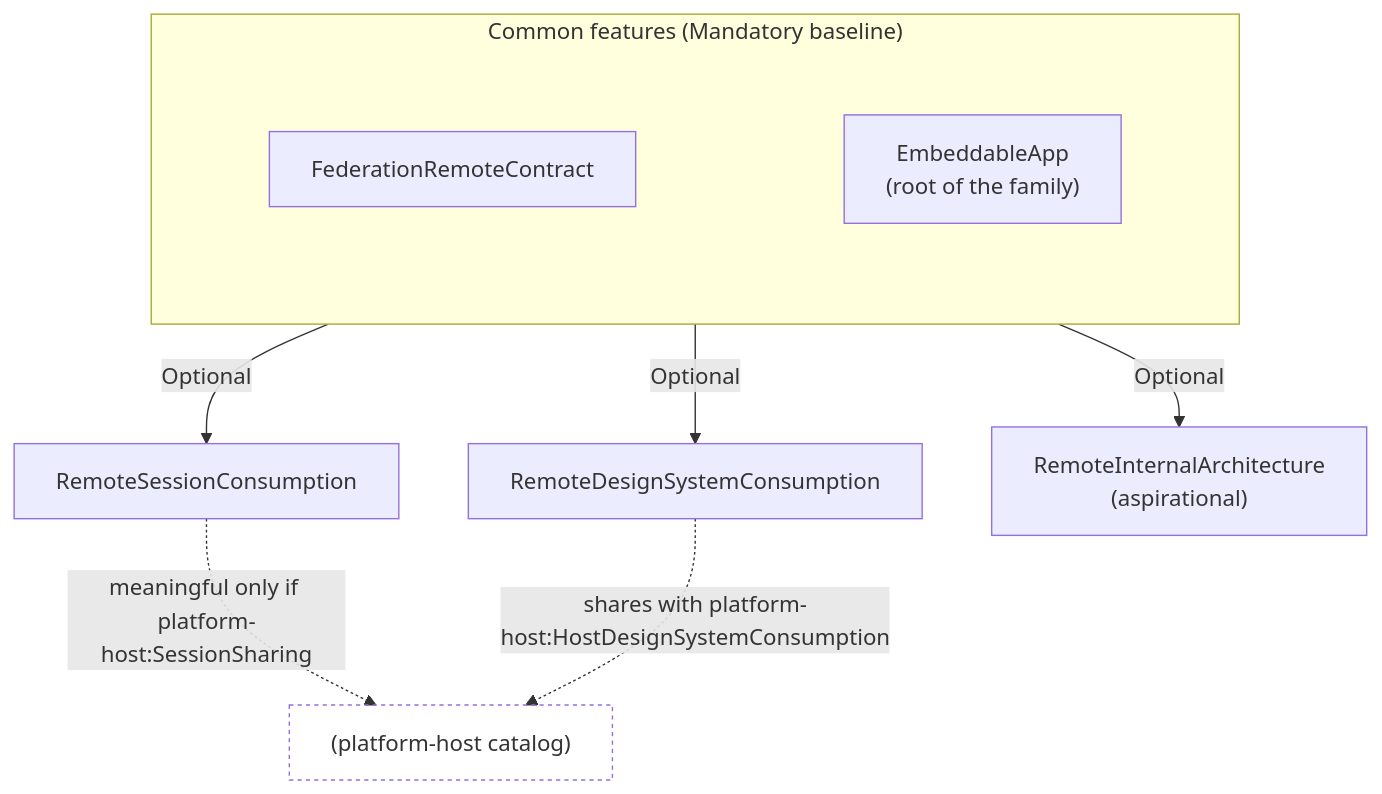
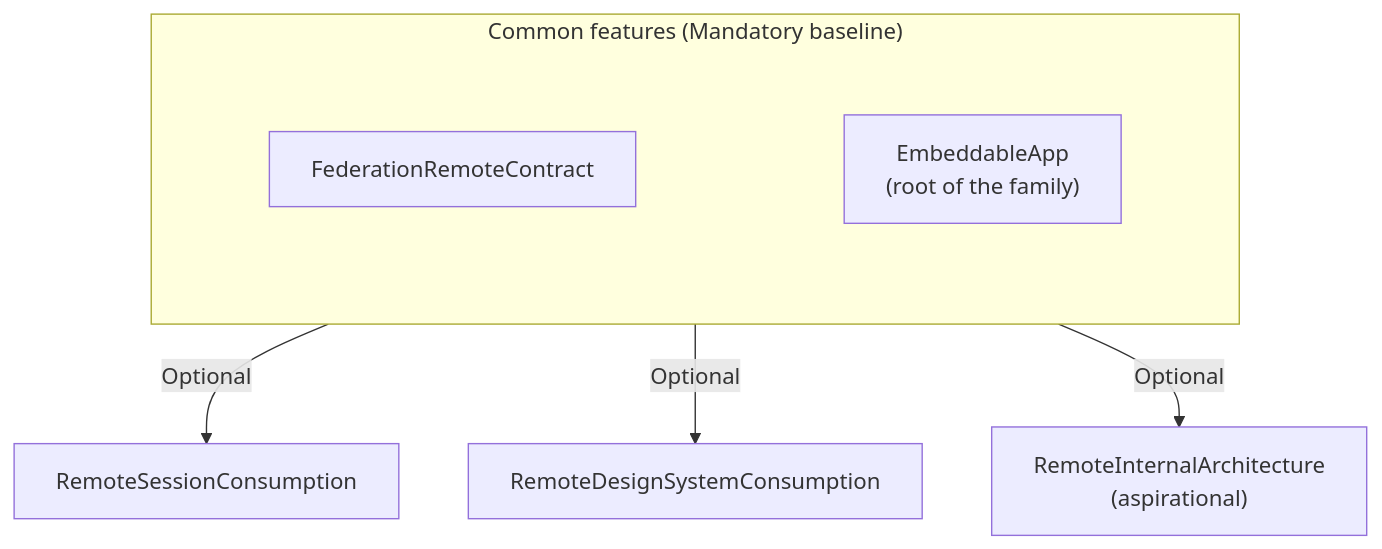
Before and after one commit to InsonusK/ai-skills: the diagram in skills/angular/architecture/v3.1/embeddable-app/feature/diagrams/feature-diagram.mmd, drawn with Mermaid. The commit also changed 85 other files, not shown here.

```diff
--- a/skills/angular/architecture/v3.1/embeddable-app/feature/diagrams/feature-diagram.mmd
+++ b/skills/angular/architecture/v3.1/embeddable-app/feature/diagrams/feature-diagram.mmd
@@ -1,22 +1,21 @@
 graph TD
     subgraph Common["Common features (Mandatory baseline)"]
         direction TB
         subgraph Row1[" "]
             direction LR
             EA["EmbeddableApp<br/>(root of the family)"]
         end
         subgraph Row2[" "]
             direction LR
             FRC["FederationRemoteContract"]
         end
     end
     style Row1 fill:none,stroke:none
     style Row2 fill:none,stroke:none
 
     Common -->|Optional| RSC["RemoteSessionConsumption"]
     Common -->|Optional| RDSC["RemoteDesignSystemConsumption"]
     Common -->|Optional| RIA["RemoteInternalArchitecture<br/>(aspirational)"]
 
-    RSC -. "meaningful only if platform-host:SessionSharing" .-> H1["(platform-host catalog)"]
-    RDSC -. "shares with platform-host:HostDesignSystemConsumption" .-> H1
-    style H1 fill:none,stroke-dasharray: 3 3
+    %% RemoteSessionConsumption / RemoteDesignSystemConsumption are cross-catalog-coupled to
+    %% platform-host but carry no hard Requires — see the prose in feature-model.md.
```
